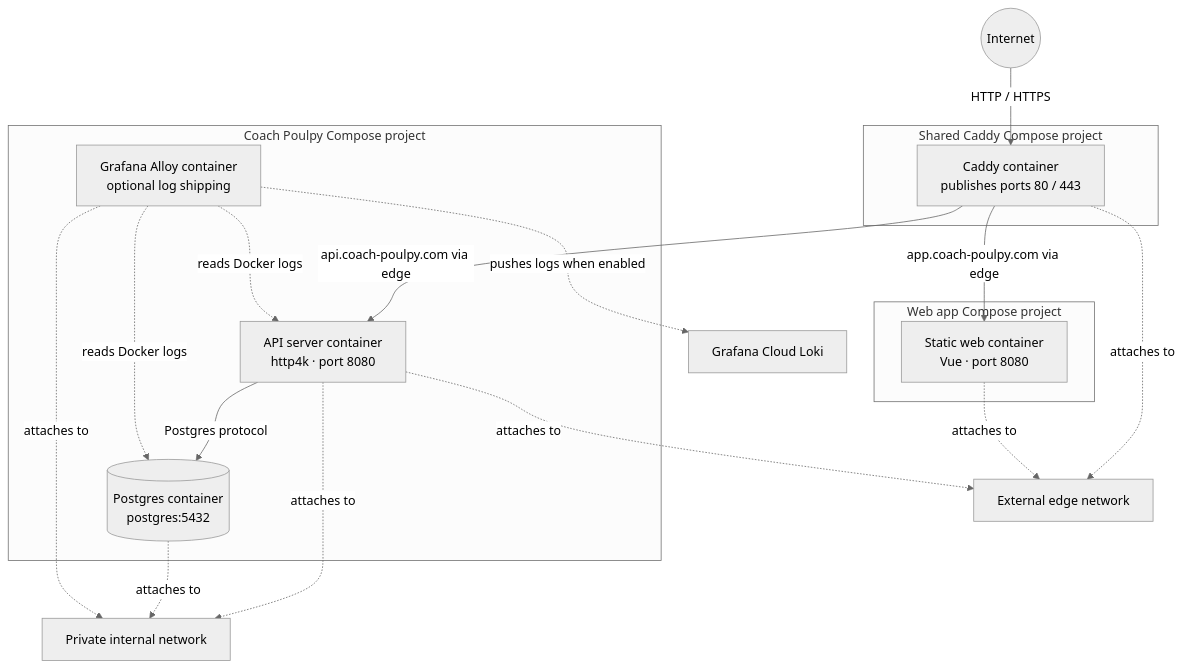
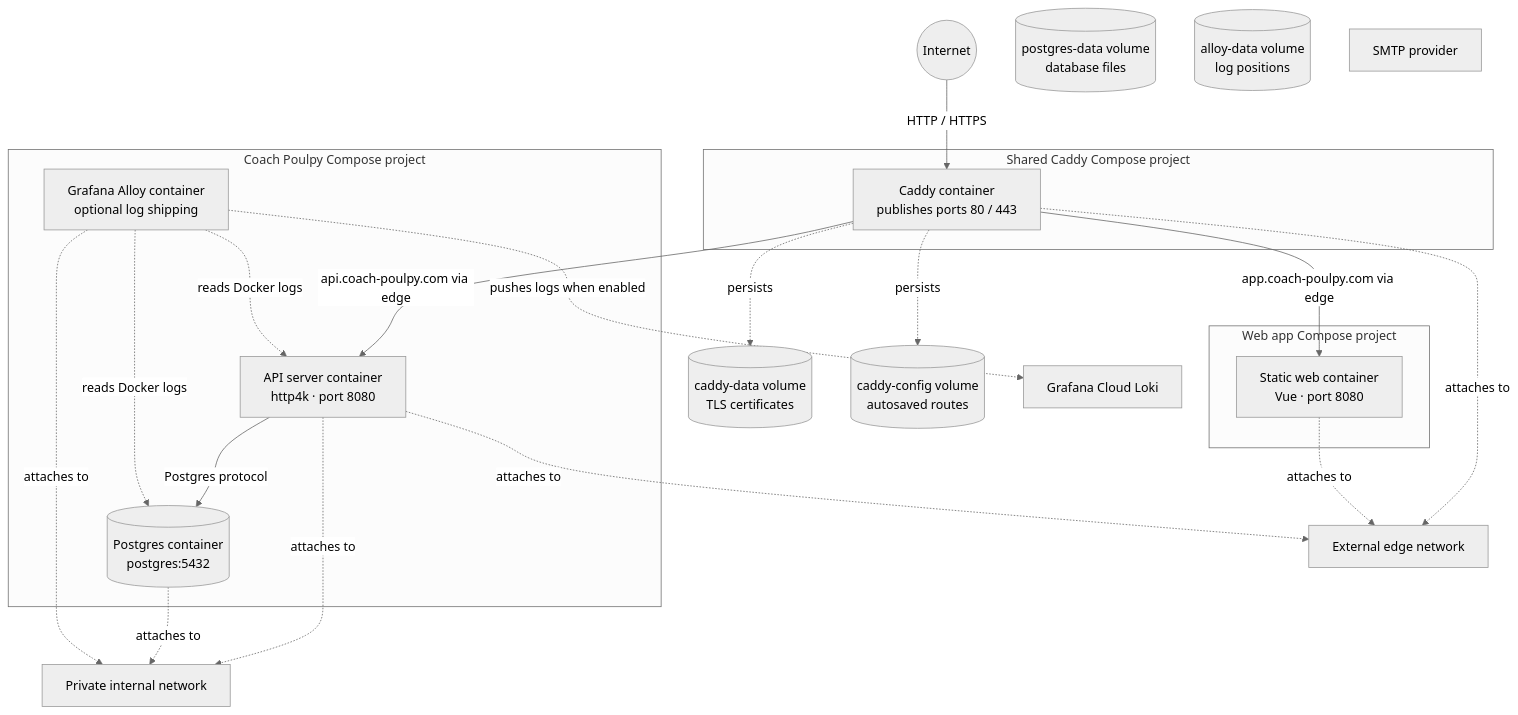
The diagram in docs/deploying-the-server.md (tkint/coach-poulpy), drawn with Mermaid (neutral theme) before and after one commit.

Commit message:
docs: show container volumes and mail dependency

````diff
--- a/docs/deploying-the-server.md
+++ b/docs/deploying-the-server.md
@@ -9,32 +9,39 @@
 ```mermaid
 flowchart TD
     internet(("Internet"))
     subgraph edgeproject["Shared Caddy Compose project"]
         caddy["Caddy container<br/>publishes ports 80 / 443"]
     end
     subgraph serverproject["Coach Poulpy Compose project"]
         server["API server container<br/>http4k · port 8080"]
         postgres[("Postgres container<br/>postgres:5432")]
         alloy["Grafana Alloy container<br/>optional log shipping"]
     end
     subgraph webproject["Web app Compose project"]
         web["Static web container<br/>Vue · port 8080"]
     end
     edge["External edge network"]
     internal["Private internal network"]
+    caddyData[("caddy-data volume<br/>TLS certificates")]
+    caddyConfig[("caddy-config volume<br/>autosaved routes")]
+    postgresData[("postgres-data volume<br/>database files")]
+    alloyData[("alloy-data volume<br/>log positions")]
     loki["Grafana Cloud Loki"]
+    smtp["SMTP provider"]
 
     internet -->|HTTP / HTTPS| caddy
     caddy -->|api.coach-poulpy.com via edge| server
     caddy -->|app.coach-poulpy.com via edge| web
     caddy -. attaches to .-> edge
+    caddy -. persists .-> caddyData
+    caddy -. persists .-> caddyConfig
     server -. attaches to .-> edge
     web -. attaches to .-> edge
     server -. attaches to .-> internal
     postgres -. attaches to .-> internal
     server -->|Postgres protocol| postgres
     alloy -. attaches to .-> internal
     alloy -. reads Docker logs .-> server
     alloy -. reads Docker logs .-> postgres
     alloy -. pushes logs when enabled .-> loki
 ```
````
